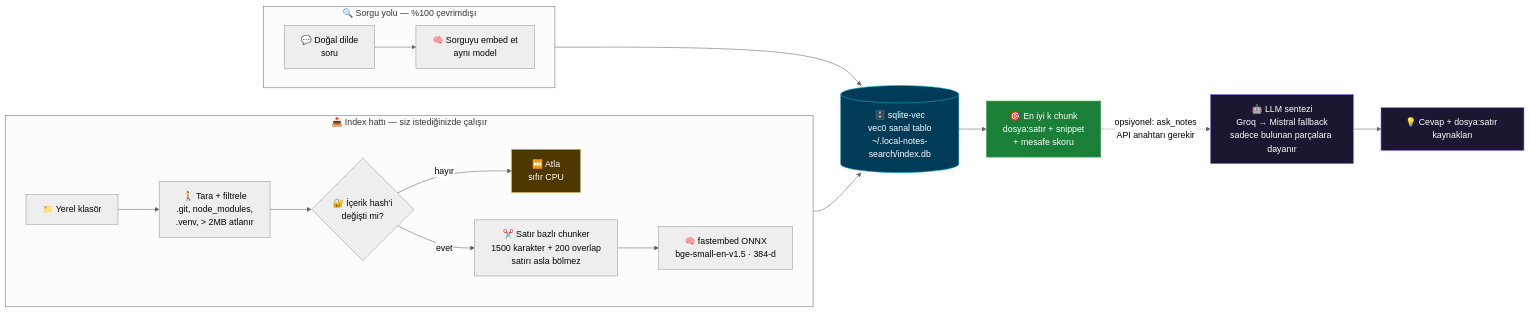
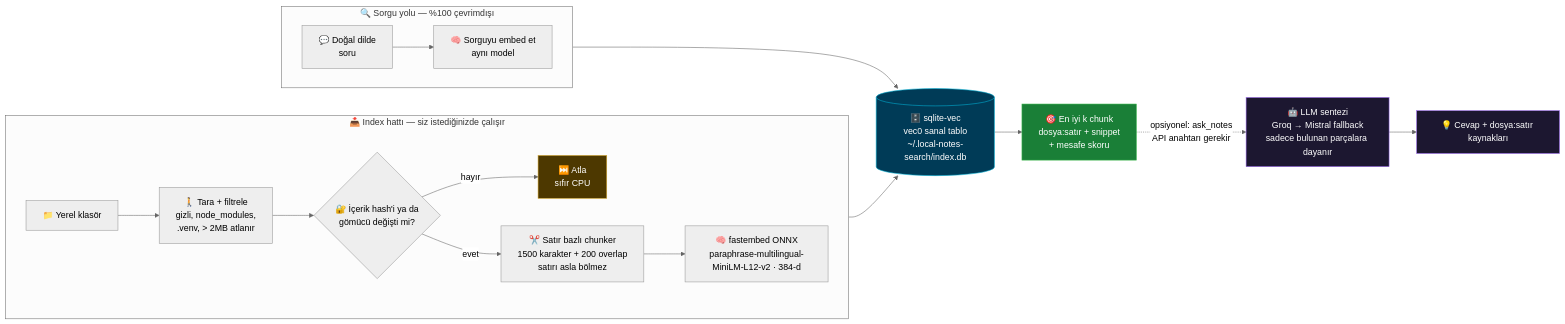
Before and after one commit to Furkiozknn/local-notes-search-mcp: the diagram in README.tr.md, drawn with Mermaid (neutral theme). The commit also changed other lines of this file and 17 other files, not shown here.

````diff
--- a/README.tr.md
+++ b/README.tr.md
@@ -85,30 +89,30 @@
 ```mermaid
 flowchart LR
     subgraph INDEX["📥 Index hattı — siz istediğinizde çalışır"]
         direction LR
-        A["📁 Yerel klasör"] --> B["🚶 Tara + filtrele<br/>.git, node_modules,<br/>.venv, &gt; 2MB atlanır"]
-        B --> H{"🔐 İçerik hash'i<br/>değişti mi?"}
+        A["📁 Yerel klasör"] --> B["🚶 Tara + filtrele<br/>gizli, node_modules,<br/>.venv, &gt; 2MB atlanır"]
+        B --> H{"🔐 İçerik hash'i ya da<br/>gömücü değişti mi?"}
         H -- "hayır" --> SKIP["⏭️ Atla<br/>sıfır CPU"]
         H -- "evet" --> C["✂️ Satır bazlı chunker<br/>1500 karakter + 200 overlap<br/>satırı asla bölmez"]
-        C --> D["🧠 fastembed ONNX<br/>bge-small-en-v1.5 · 384-d"]
+        C --> D["🧠 fastembed ONNX<br/>paraphrase-multilingual-MiniLM-L12-v2 · 384-d"]
     end
 
     D --> DB[("🗄️ sqlite-vec<br/>vec0 sanal tablo<br/>~/.local-notes-search/index.db")]
 
     subgraph QUERY["🔍 Sorgu yolu — %100 çevrimdışı"]
         direction LR
         Q["💬 Doğal dilde<br/>soru"] --> QE["🧠 Sorguyu embed et<br/>aynı model"]
     end
 
     QE --> DB
     DB --> R["🎯 En iyi k chunk<br/>dosya:satır + snippet<br/>+ mesafe skoru"]
 
     R -. "opsiyonel: ask_notes<br/>API anahtarı gerekir" .-> LLM["🤖 LLM sentezi<br/>Groq → Mistral fallback<br/>sadece bulunan parçalara dayanır"]
     LLM --> ANS["💡 Cevap + dosya:satır kaynakları"]
 
     style LLM fill:#1c1730,stroke:#a371f7,color:#ffffff
     style ANS fill:#1c1730,stroke:#a371f7,color:#ffffff
     style DB fill:#003b57,stroke:#00b4d8,color:#ffffff
     style R fill:#1a7f37,stroke:#3fb950,color:#ffffff
     style SKIP fill:#4d3800,stroke:#d4a72c,color:#ffffff
 ```
````
